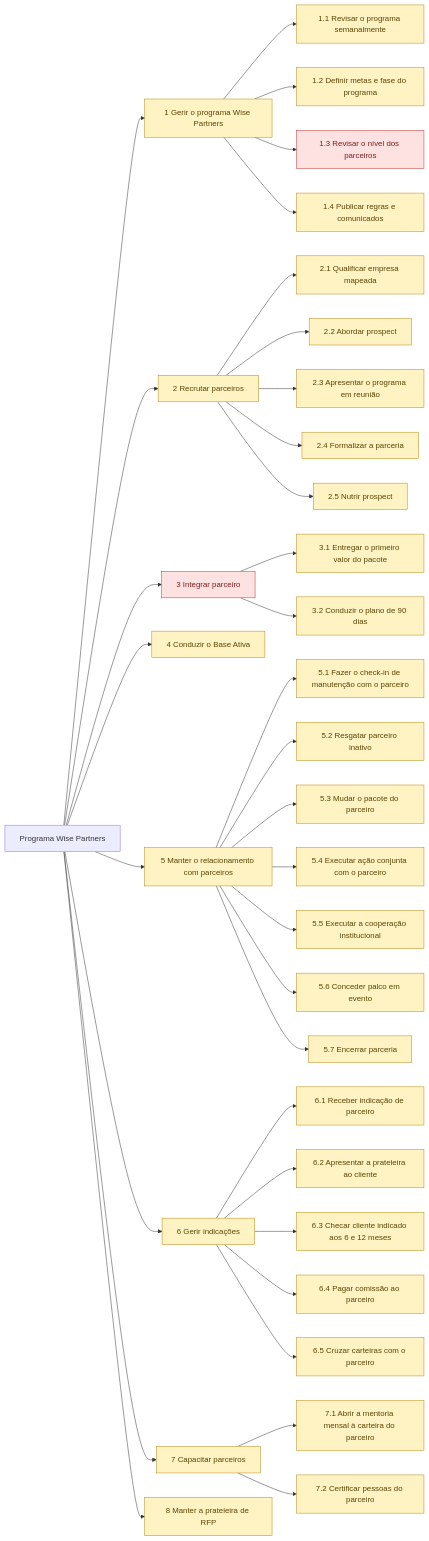
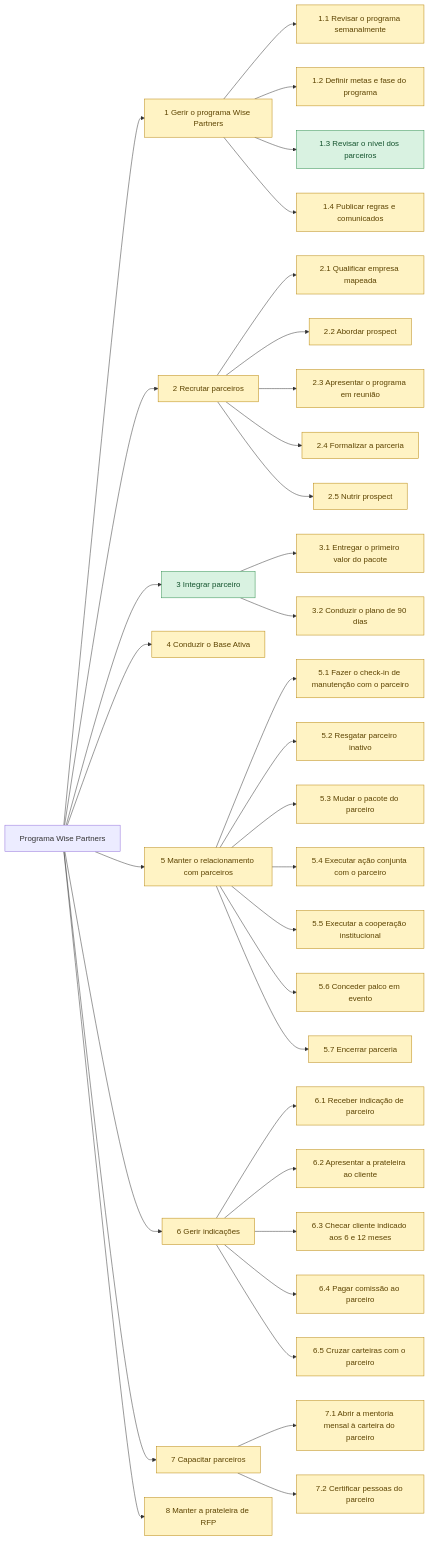
One commit to Guilherme-MFaccin/Wise-Partners changed the diagram in mapeamentos/wise-partners/saidas/mermaid/hierarquia.mmd. Above: the diagram before and after it, drawn with Mermaid. The commit also changed 70 other files, not shown here.

```diff
--- a/mapeamentos/wise-partners/saidas/mermaid/hierarquia.mmd
+++ b/mapeamentos/wise-partners/saidas/mermaid/hierarquia.mmd
@@ -1,72 +1,72 @@
 flowchart LR
     classDef confirmado fill:#D9F2E1,stroke:#2F8F4E,color:#14532D
     classDef declarado fill:#FFF3C4,stroke:#B8860B,color:#5C4300
     classDef hipotese fill:#FFFFFF,stroke:#8A9099,color:#3F4650,stroke-dasharray: 5 5
     classDef contestado fill:#FDE2E1,stroke:#C53030,color:#7F1D1D
     ORG["Programa Wise Partners"]
     P_01["1 Gerir o programa Wise Partners"]:::declarado
     P_02["1.1 Revisar o programa semanalmente"]:::declarado
     P_03["1.2 Definir metas e fase do programa"]:::declarado
-    P_04["1.3 Revisar o nível dos parceiros"]:::contestado
+    P_04["1.3 Revisar o nível dos parceiros"]:::confirmado
     P_05["1.4 Publicar regras e comunicados"]:::declarado
     P_06["2 Recrutar parceiros"]:::declarado
     P_07["2.1 Qualificar empresa mapeada"]:::declarado
     P_08["2.2 Abordar prospect"]:::declarado
     P_09["2.3 Apresentar o programa em reunião"]:::declarado
     P_10["2.4 Formalizar a parceria"]:::declarado
     P_11["2.5 Nutrir prospect"]:::declarado
-    P_12["3 Integrar parceiro"]:::contestado
+    P_12["3 Integrar parceiro"]:::confirmado
     P_13["3.1 Entregar o primeiro valor do pacote"]:::declarado
     P_14["3.2 Conduzir o plano de 90 dias"]:::declarado
     P_15["4 Conduzir o Base Ativa"]:::declarado
     P_16["5 Manter o relacionamento com parceiros"]:::declarado
     P_17["5.1 Fazer o check-in de manutenção com o parceiro"]:::declarado
     P_18["5.2 Resgatar parceiro inativo"]:::declarado
     P_19["5.3 Mudar o pacote do parceiro"]:::declarado
     P_20["5.4 Executar ação conjunta com o parceiro"]:::declarado
     P_21["5.5 Executar a cooperação institucional"]:::declarado
     P_22["5.6 Conceder palco em evento"]:::declarado
     P_23["5.7 Encerrar parceria"]:::declarado
     P_24["6 Gerir indicações"]:::declarado
     P_25["6.1 Receber indicação de parceiro"]:::declarado
     P_26["6.2 Apresentar a prateleira ao cliente"]:::declarado
     P_27["6.3 Checar cliente indicado aos 6 e 12 meses"]:::declarado
     P_28["6.4 Pagar comissão ao parceiro"]:::declarado
     P_29["6.5 Cruzar carteiras com o parceiro"]:::declarado
     P_30["7 Capacitar parceiros"]:::declarado
     P_31["7.1 Abrir a mentoria mensal à carteira do parceiro"]:::declarado
     P_32["7.2 Certificar pessoas do parceiro"]:::declarado
     P_33["8 Manter a prateleira de RFP"]:::declarado
     ORG --> P_01
     P_01 --> P_02
     P_01 --> P_03
     P_01 --> P_04
     P_01 --> P_05
     ORG --> P_06
     P_06 --> P_07
     P_06 --> P_08
     P_06 --> P_09
     P_06 --> P_10
     P_06 --> P_11
     ORG --> P_12
     P_12 --> P_13
     P_12 --> P_14
     ORG --> P_15
     ORG --> P_16
     P_16 --> P_17
     P_16 --> P_18
     P_16 --> P_19
     P_16 --> P_20
     P_16 --> P_21
     P_16 --> P_22
     P_16 --> P_23
     ORG --> P_24
     P_24 --> P_25
     P_24 --> P_26
     P_24 --> P_27
     P_24 --> P_28
     P_24 --> P_29
     ORG --> P_30
     P_30 --> P_31
     P_30 --> P_32
     ORG --> P_33
```
